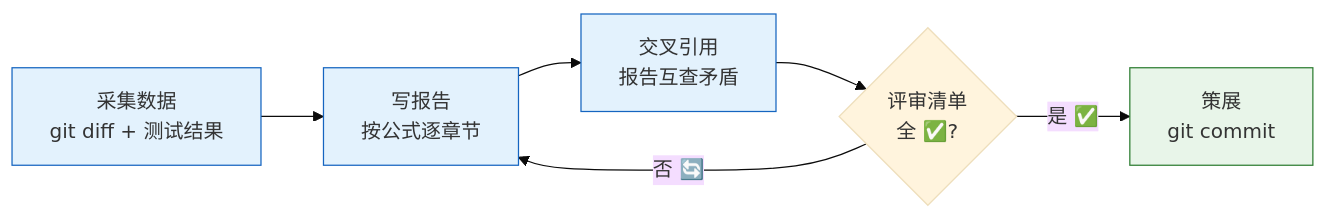
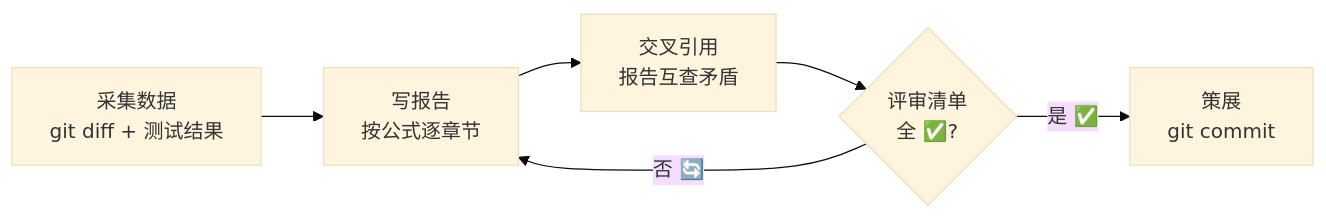
Before and after one commit to effiy/YrY: the second of 5 diagrams in agents/reporter.md, drawn with Mermaid (base theme). The commit also changed other lines of this file and 9 other files, not shown here.

````diff
--- a/agents/reporter.md
+++ b/agents/reporter.md
@@ -48,11 +45,9 @@
 ```mermaid
 flowchart LR
     COL["采集数据<br/>git diff + 测试结果"]:::step --> WRI["写报告<br/>按公式逐章节"]:::step
     WRI --> XREF["交叉引用<br/>报告互查矛盾"]:::step
     XREF --> CHK{"评审清单<br/>全 ✅?"}
     CHK -->|"否 🔄"| WRI
     CHK -->|"是 ✅"| CUR["策展<br/>git commit"]:::done
 
-    classDef step fill:#e3f2fd,stroke:#1565c0;
-    classDef done fill:#e8f5e9,stroke:#2e7d32;
 ```
````
